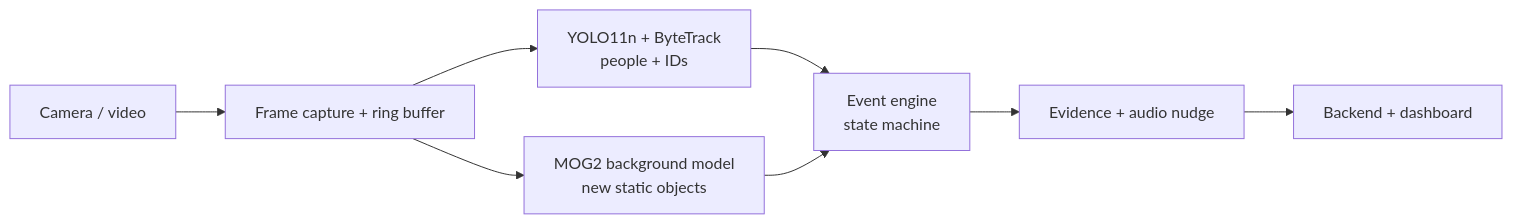
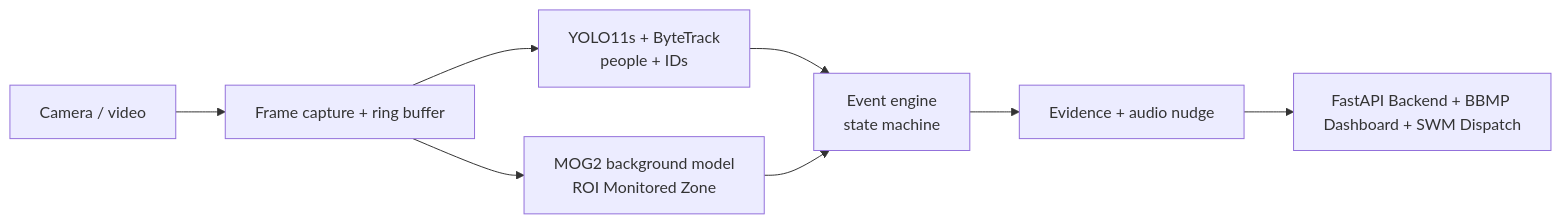
The first of 2 diagrams in README.md (samartthhiregoudar-droid/cleanloop), drawn with Mermaid before and after one commit. The commit also changed other lines of this file and 7 other files, not shown here.

Commit message:
Pivot escalation dispatch and gamified leaderboard to BBMP Solid Waste Management and Ward Marshals

````diff
--- a/README.md
+++ b/README.md
@@ -26,10 +27,10 @@
 ```mermaid
 flowchart LR
     A[Camera / video] --> B[Frame capture + ring buffer]
-    B --> C[YOLO11n + ByteTrack<br/>people + IDs]
-    B --> D[MOG2 background model<br/>new static objects]
+    B --> C[YOLO11s + ByteTrack<br/>people + IDs]
+    B --> D[MOG2 background model<br/>ROI Monitored Zone]
     C --> E[Event engine<br/>state machine]
     D --> E
     E --> F[Evidence + audio nudge]
-    F --> G[Backend + dashboard]
+    F --> G[FastAPI Backend + BBMP Dashboard + SWM Dispatch]
 ```
````
